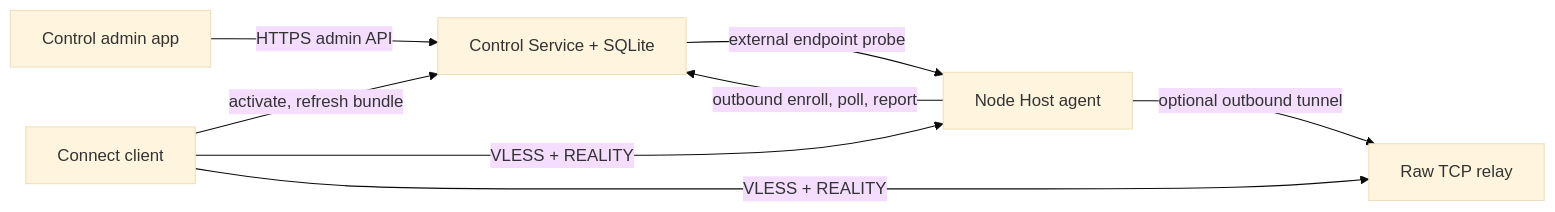
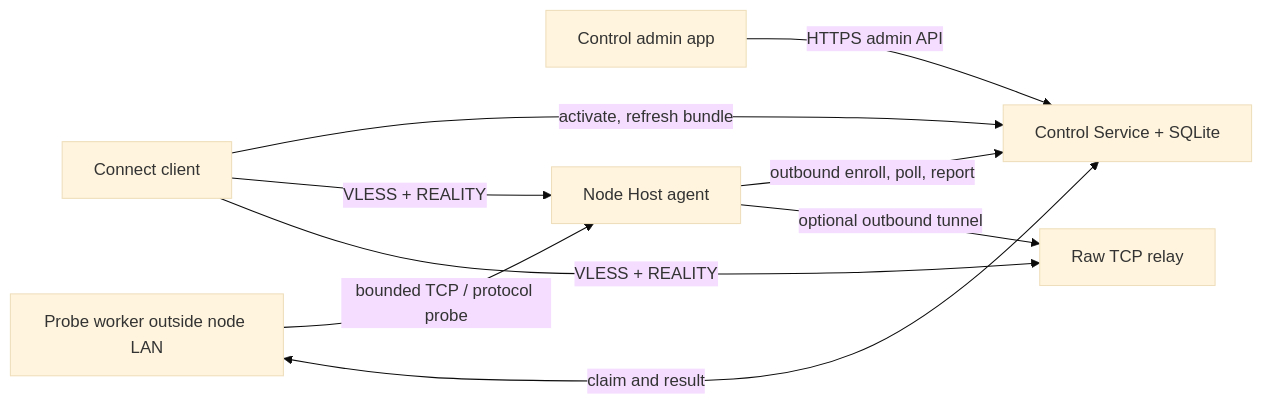
The diagram in docs/SYSTEM_ARCHITECTURE.md (Skymore/reality-console), drawn with Mermaid (base theme) before and after one commit. The commit also changed other lines of this file and 14 other files, not shown here.

Commit message:
feat(control): add durable TCP probe preflight

````diff
--- a/docs/SYSTEM_ARCHITECTURE.md
+++ b/docs/SYSTEM_ARCHITECTURE.md
@@ -7,10 +7,11 @@
 ```mermaid
 flowchart LR
     Admin["Control admin app"] -->|"HTTPS admin API"| Service["Control Service + SQLite"]
     Host["Node Host agent"] -->|"outbound enroll, poll, report"| Service
     Client["Connect client"] -->|"activate, refresh bundle"| Service
-    Service -->|"external endpoint probe"| Host
+    Probe["Probe worker outside node LAN"] -->|"bounded TCP / protocol probe"| Host
+    Probe <-->|"claim and result"| Service
     Client -->|"VLESS + REALITY"| Host
     Host -->|"optional outbound tunnel"| Relay["Raw TCP relay"]
     Client -->|"VLESS + REALITY"| Relay
 ```
````
